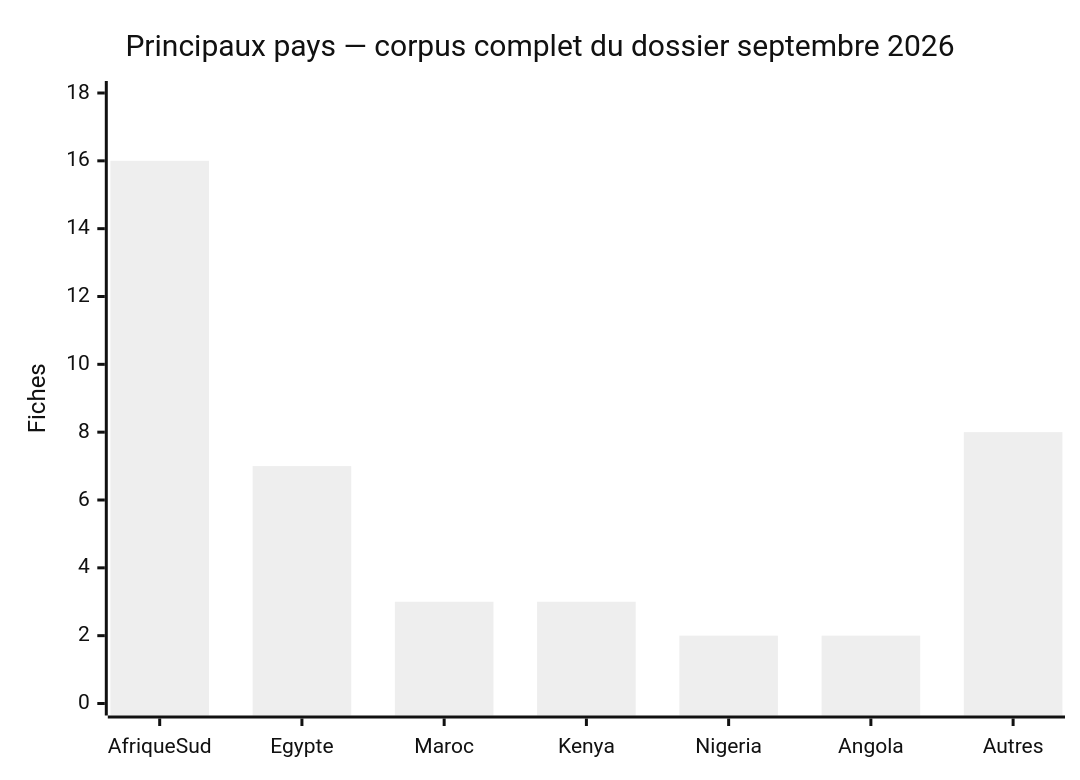
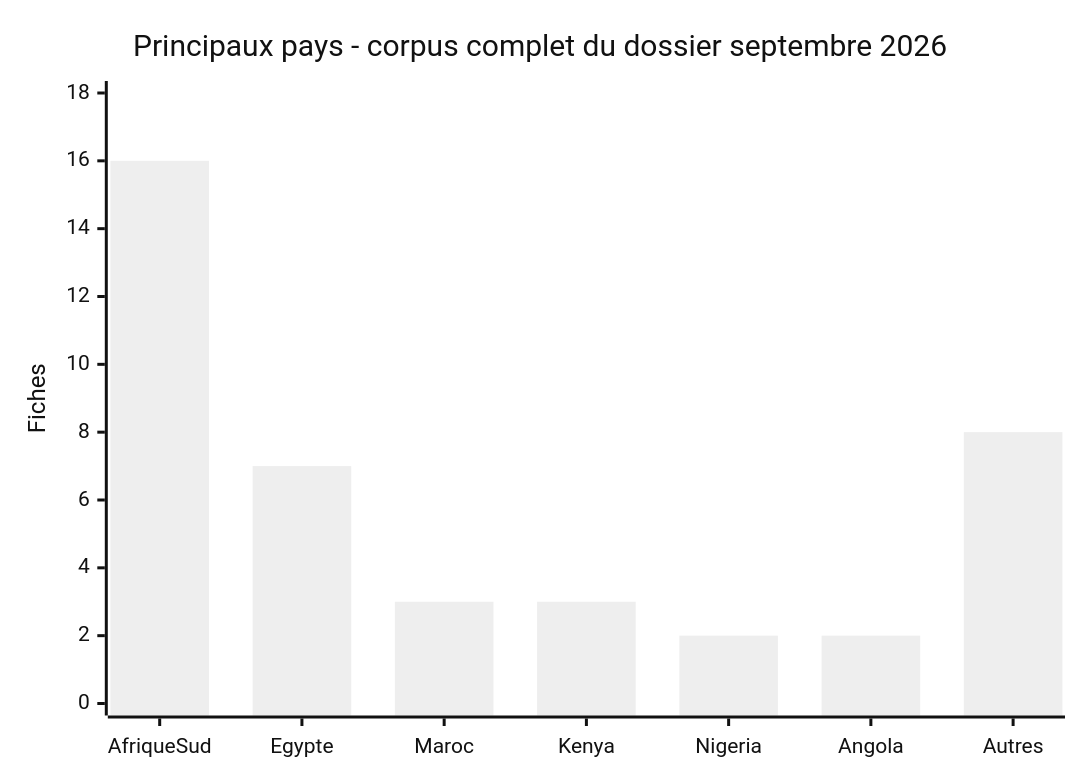
Before and after one commit to Hatchepsoute/AFRINTEL: the fourth of 10 diagrams in CyberAttackAfrica/2026/09-september/README_FR.md, drawn with Mermaid (neutral theme). The commit also changed other lines of this file and 35 other files, not shown here.

````diff
--- a/CyberAttackAfrica/2026/09-september/README_FR.md
+++ b/CyberAttackAfrica/2026/09-september/README_FR.md
@@ -170,7 +170,7 @@
 ```mermaid
 xychart-beta
-    title "Principaux pays — corpus complet du dossier septembre 2026"
+    title "Principaux pays  -  corpus complet du dossier septembre 2026"
     x-axis [AfriqueSud, Egypte, Maroc, Kenya, Nigeria, Angola, Autres]
     y-axis "Fiches" 0 --> 18
     bar [16, 7, 3, 3, 2, 2, 8]
 ```
````
